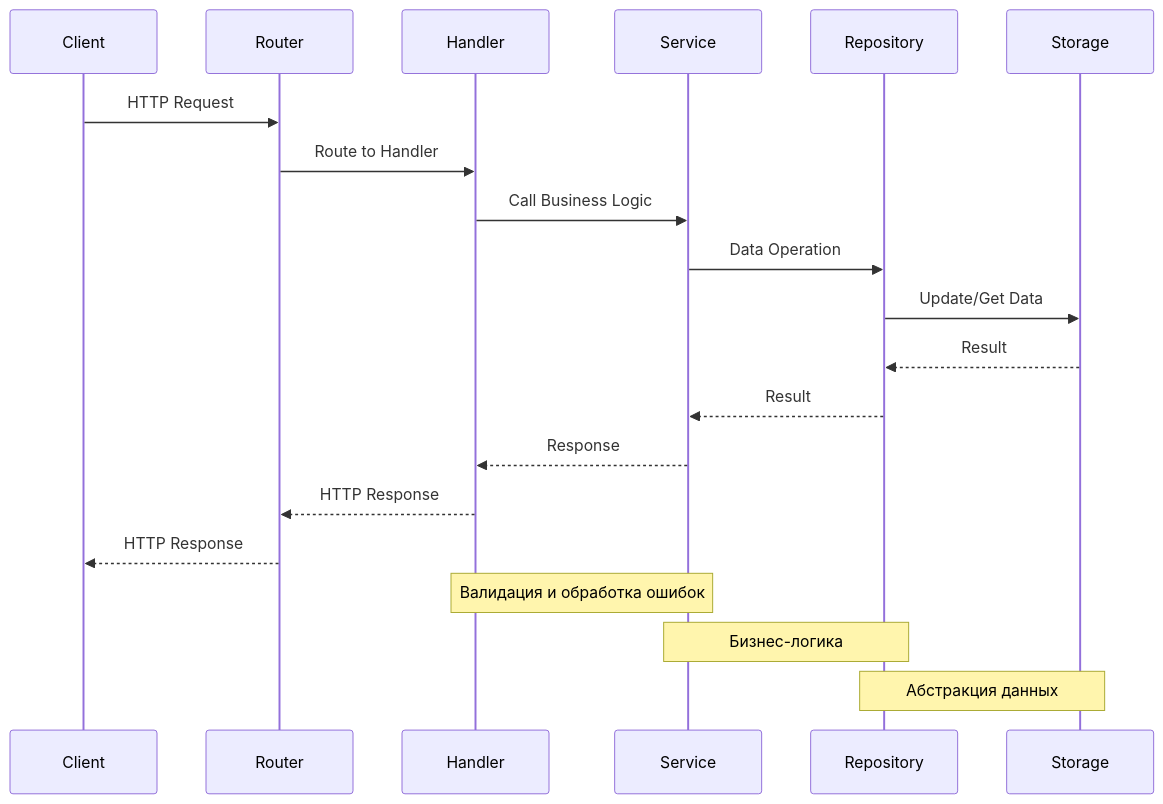
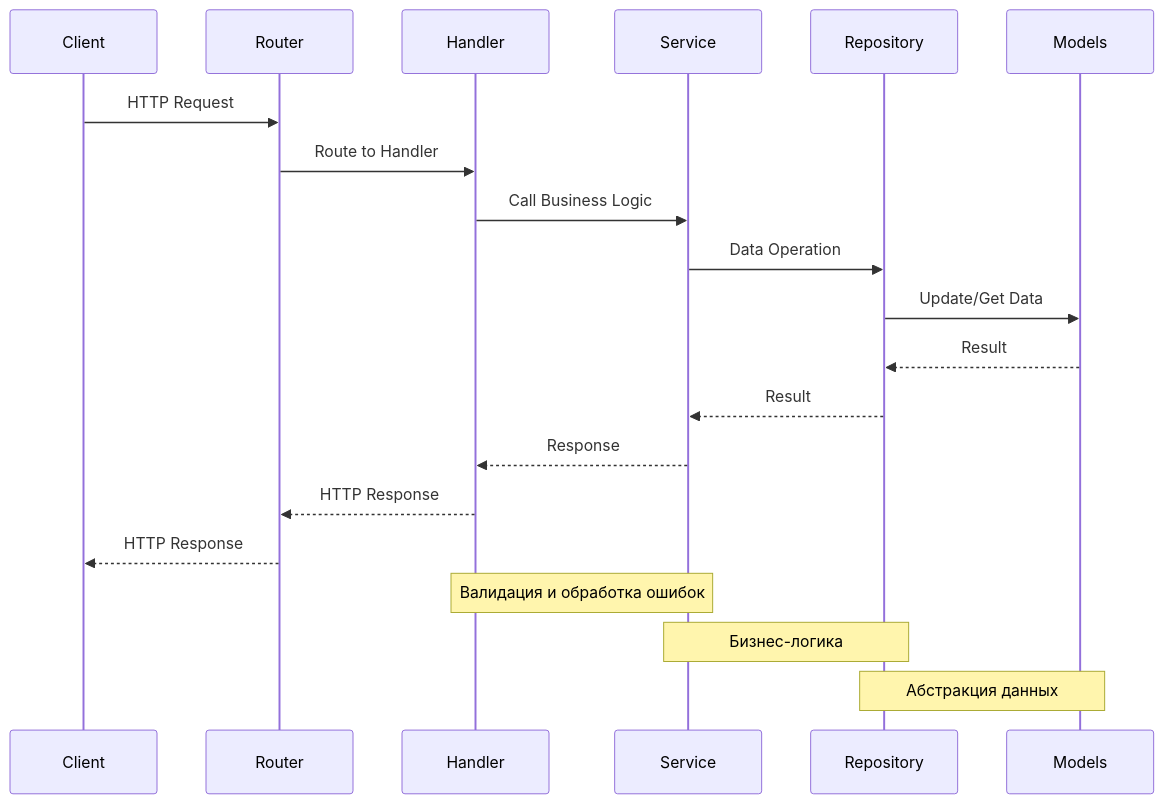
The second of 2 diagrams in cmd/server/README.md (IgorKilipenko/metrical), drawn with Mermaid before and after one commit. The commit also changed other lines of this file and 16 other files, not shown here.

````diff
--- a/cmd/server/README.md
+++ b/cmd/server/README.md
@@ -258,24 +242,24 @@
 ```mermaid
 sequenceDiagram
     participant Client
     participant Router
     participant Handler
     participant Service
     participant Repository
-    participant Storage
+    participant Models
     
     Client->>Router: HTTP Request
     Router->>Handler: Route to Handler
     Handler->>Service: Call Business Logic
     Service->>Repository: Data Operation
-    Repository->>Storage: Update/Get Data
-    Storage-->>Repository: Result
+    Repository->>Models: Update/Get Data
+    Models-->>Repository: Result
     Repository-->>Service: Result
     Service-->>Handler: Response
     Handler-->>Router: HTTP Response
     Router-->>Client: HTTP Response
     
     Note over Handler,Service: Валидация и обработка ошибок
     Note over Service,Repository: Бизнес-логика
-    Note over Repository,Storage: Абстракция данных
+    Note over Repository,Models: Абстракция данных
 ```
````
